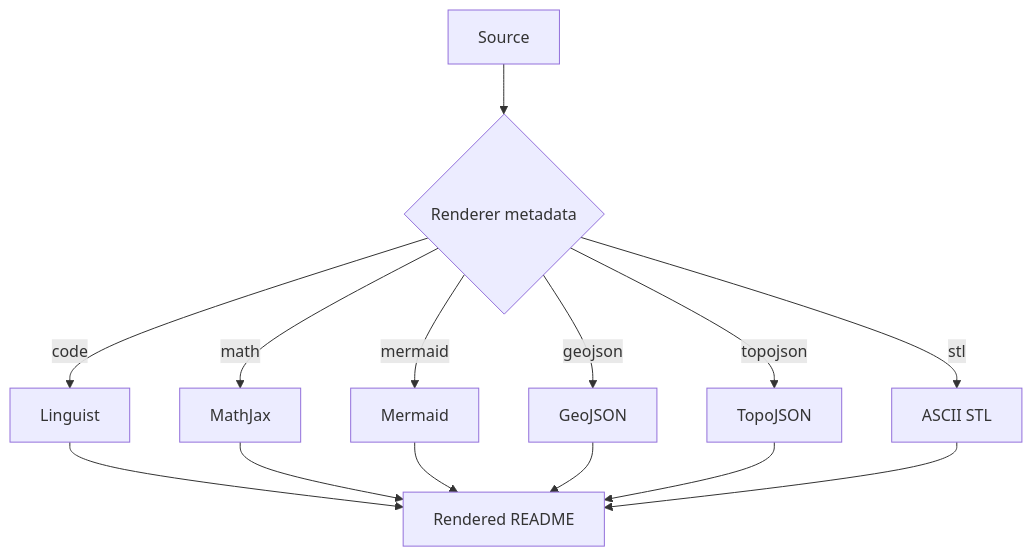
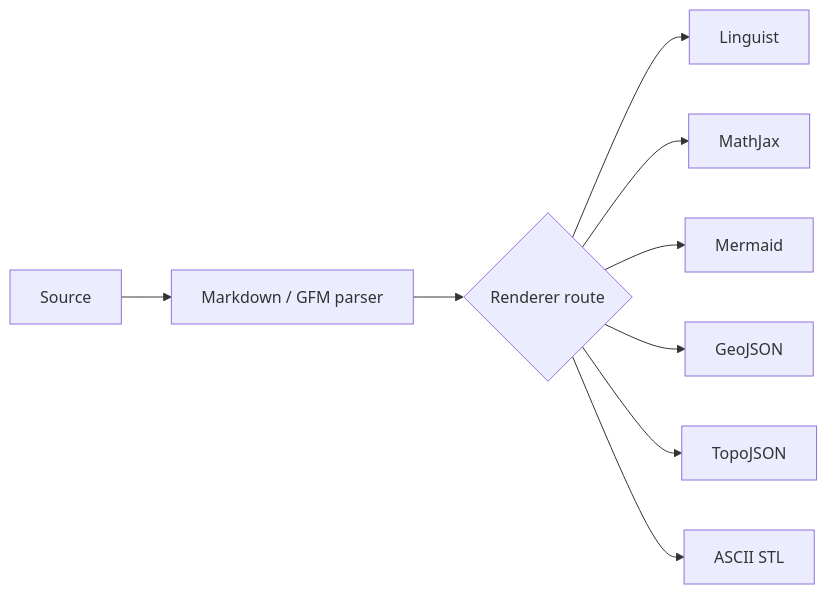
The second of 4 diagrams in README.md (thiepn/markdown), drawn with Mermaid before and after one commit. The commit also changed other lines of this file, not shown here.

Commit message:
M13: full parser and edge-case torture test

````diff
--- a/README.md
+++ b/README.md
@@ -705,16 +544,11 @@
 ```mermaid
-flowchart TD
-    SRC[Source] --> TYPE{Renderer metadata}
-    TYPE -- code --> L[Linguist]
-    TYPE -- math --> MJ[MathJax]
-    TYPE -- mermaid --> MM[Mermaid]
-    TYPE -- geojson --> GJ[GeoJSON]
-    TYPE -- topojson --> TJ[TopoJSON]
-    TYPE -- stl --> STL[ASCII STL]
-    L --> OUT[Rendered README]
-    MJ --> OUT
-    MM --> OUT
-    GJ --> OUT
-    TJ --> OUT
-    STL --> OUT
+flowchart LR
+    SRC[Source] --> P[Markdown / GFM parser]
+    P --> R{Renderer route}
+    R --> L[Linguist]
+    R --> MJ[MathJax]
+    R --> MM[Mermaid]
+    R --> GJ[GeoJSON]
+    R --> TJ[TopoJSON]
+    R --> STL[ASCII STL]
 ```
````
